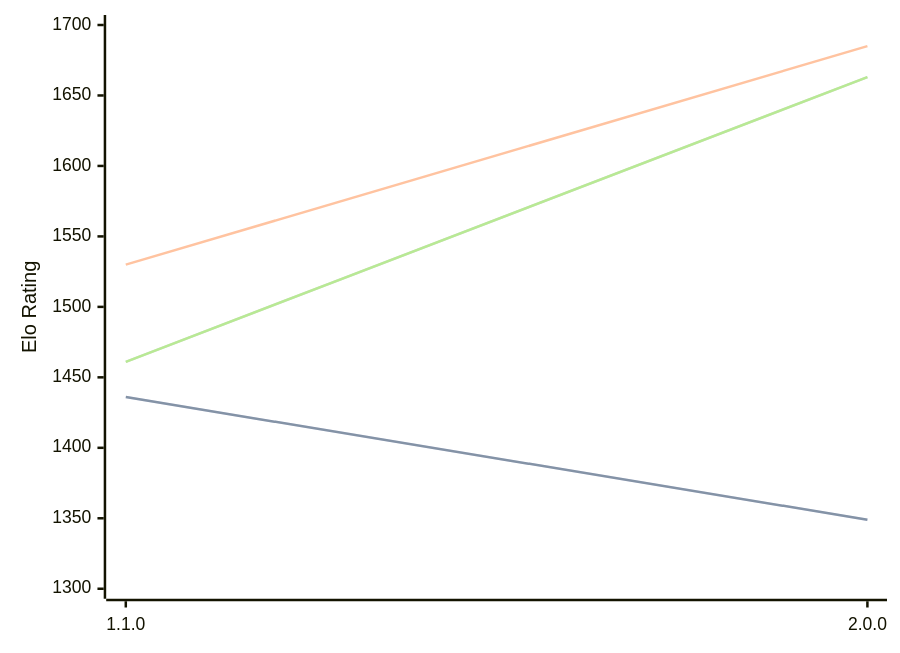
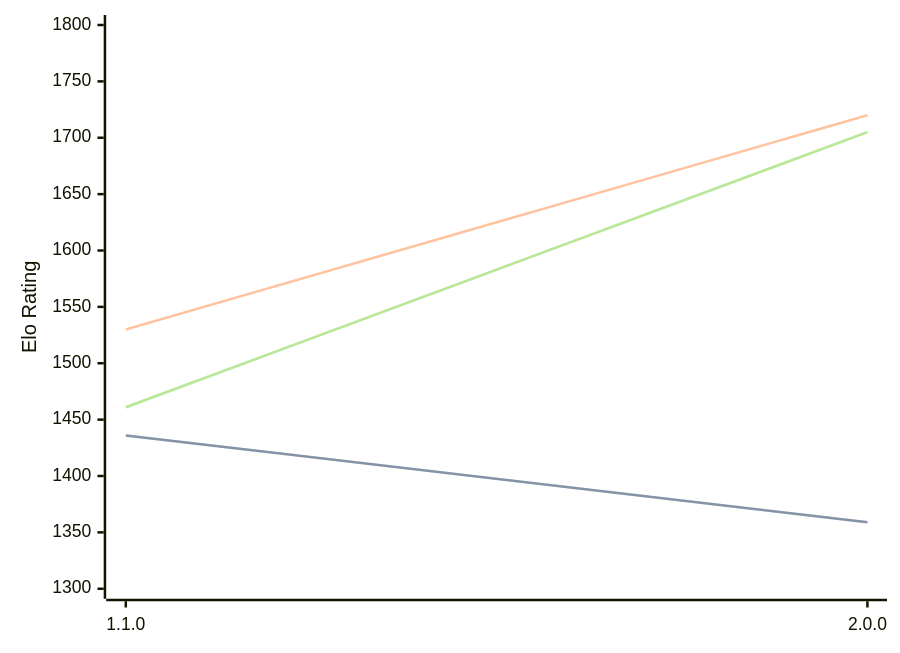
One commit to computer-chess-index/cci changed the diagram in engines/Laura.md. Above: the diagram before and after it, drawn with Mermaid. The commit also changed other lines of this file, not shown here.

Commit message:
Update CCI Ratings (ELO VLTC) - 2026-04-24

````diff
--- a/engines/Laura.md
+++ b/engines/Laura.md
@@ -33,11 +33,11 @@
 ```mermaid
 %%{init: {"theme":"base","themeVariables":{"seriesColors:['#a3a3a3','#222221','#faa371']}}}%%
 xychart-beta
   x-axis ["1.1.0", "2.0.0"]
-  y-axis "Elo Rating" 1300 --> 1700
-  line "STC (8.0+0.08s)" [1436, 1349]
-  line "STC (8.0+0.08s)" [1436, 1349]
-  line "LTC (60.0+0.60s)" [1530, 1685]
-  line "VLTC (2m24s+1.12s)" [1461, 1663]
-  line "VLTC (2m24s+1.12s)" [1461, 1663]
+  y-axis "Elo Rating" 1300 --> 1800
+  line "STC (8.0+0.08s)" [1436, 1359]
+  line "STC (8.0+0.08s)" [1436, 1359]
+  line "LTC (60.0+0.60s)" [1530, 1720]
+  line "VLTC (2m24s+1.12s)" [1461, 1705]
+  line "VLTC (2m24s+1.12s)" [1461, 1705]
 ```
````
